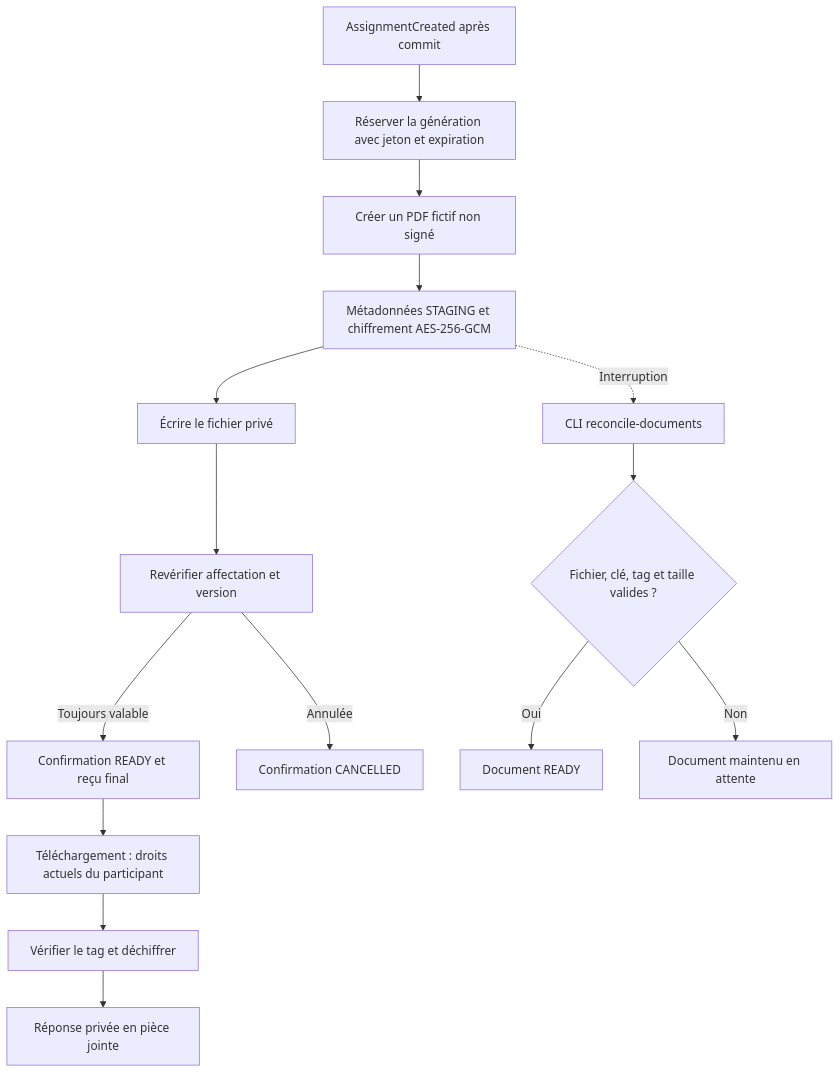
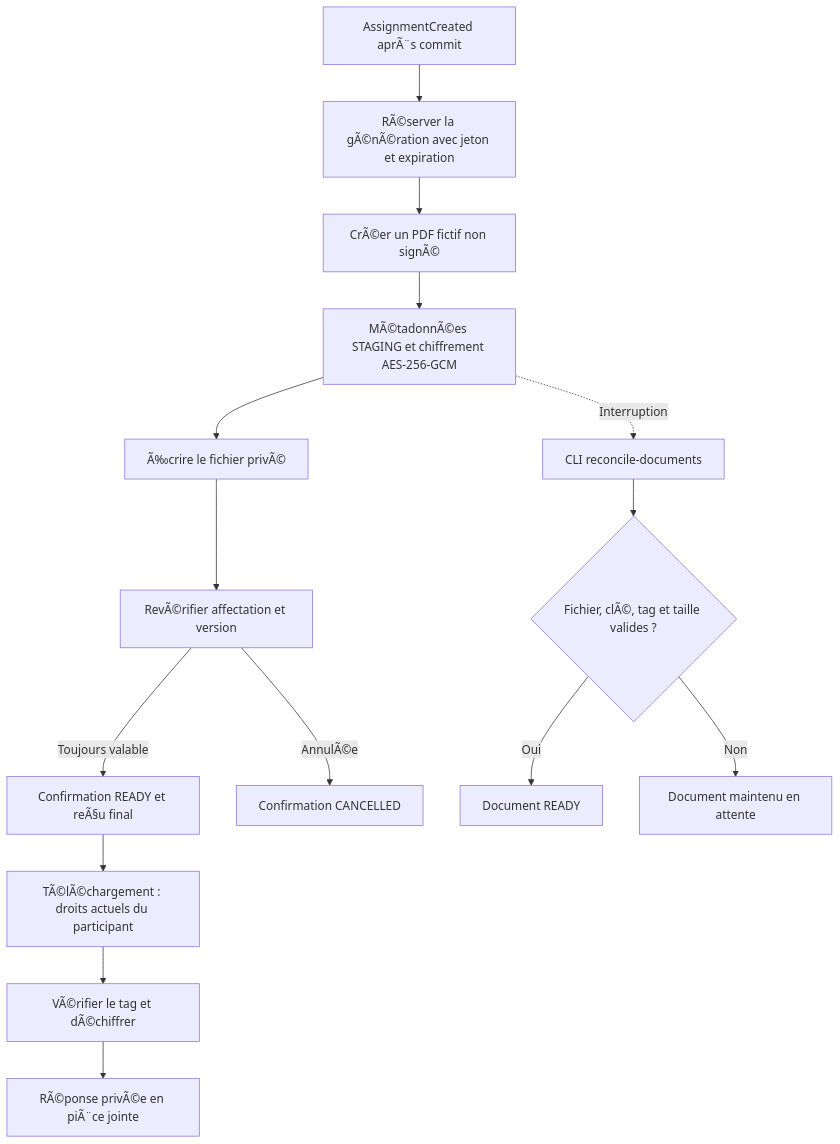
The seventh of 8 diagrams in docs/FLUX_V1.md (lebretyves/Backend_Interimatch), drawn with Mermaid before and after one commit. The commit also changed other lines of this file and 30 other files, not shown here.

````diff
--- a/docs/FLUX_V1.md
+++ b/docs/FLUX_V1.md
@@ -131,17 +131,17 @@
 ```mermaid
 flowchart TD
-    event["AssignmentCreated après commit"] --> lease["Réserver la génération avec jeton et expiration"]
-    lease --> pdf["Créer un PDF fictif non signé"]
-    pdf --> stage["Métadonnées STAGING et chiffrement AES-256-GCM"]
-    stage --> privateFile["Écrire le fichier privé"]
-    privateFile --> check["Revérifier affectation et version"]
-    check -->|"Toujours valable"| ready["Confirmation READY et reçu final"]
-    check -->|"Annulée"| cancelled["Confirmation CANCELLED"]
-    ready --> auth["Téléchargement : droits actuels du participant"]
-    auth --> decrypt["Vérifier le tag et déchiffrer"]
-    decrypt --> download["Réponse privée en pièce jointe"]
+    event["AssignmentCreated aprÃ¨s commit"] --> lease["RÃ©server la gÃ©nÃ©ration avec jeton et expiration"]
+    lease --> pdf["CrÃ©er un PDF fictif non signÃ©"]
+    pdf --> stage["MÃ©tadonnÃ©es STAGING et chiffrement AES-256-GCM"]
+    stage --> privateFile["Ã‰crire le fichier privÃ©"]
+    privateFile --> check["RevÃ©rifier affectation et version"]
+    check -->|"Toujours valable"| ready["Confirmation READY et reÃ§u final"]
+    check -->|"AnnulÃ©e"| cancelled["Confirmation CANCELLED"]
+    ready --> auth["TÃ©lÃ©chargement : droits actuels du participant"]
+    auth --> decrypt["VÃ©rifier le tag et dÃ©chiffrer"]
+    decrypt --> download["RÃ©ponse privÃ©e en piÃ¨ce jointe"]
     stage -.->|"Interruption"| recover["CLI reconcile-documents"]
-    recover --> valid{"Fichier, clé, tag et taille valides ?"}
+    recover --> valid{"Fichier, clÃ©, tag et taille valides ?"}
     valid -->|"Oui"| docReady["Document READY"]
     valid -->|"Non"| keep["Document maintenu en attente"]
 ```
````
